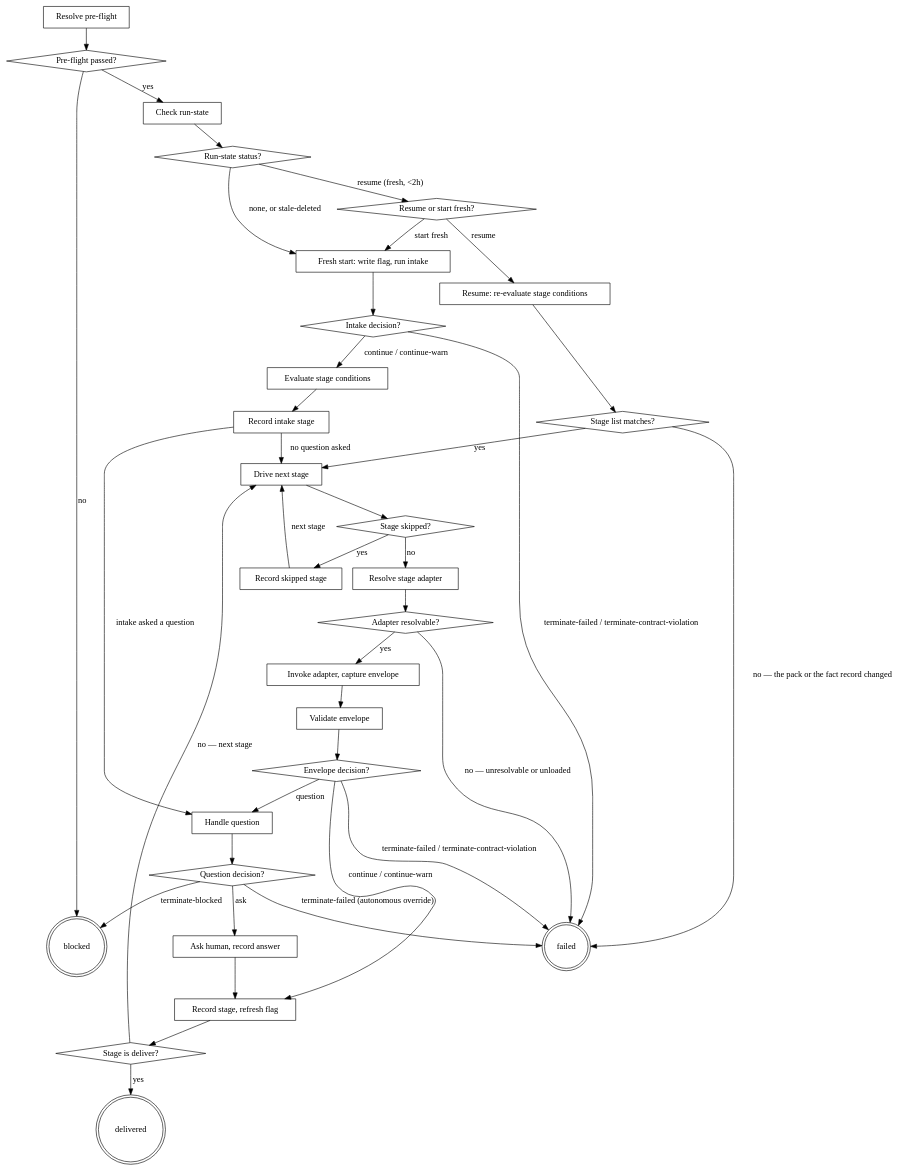
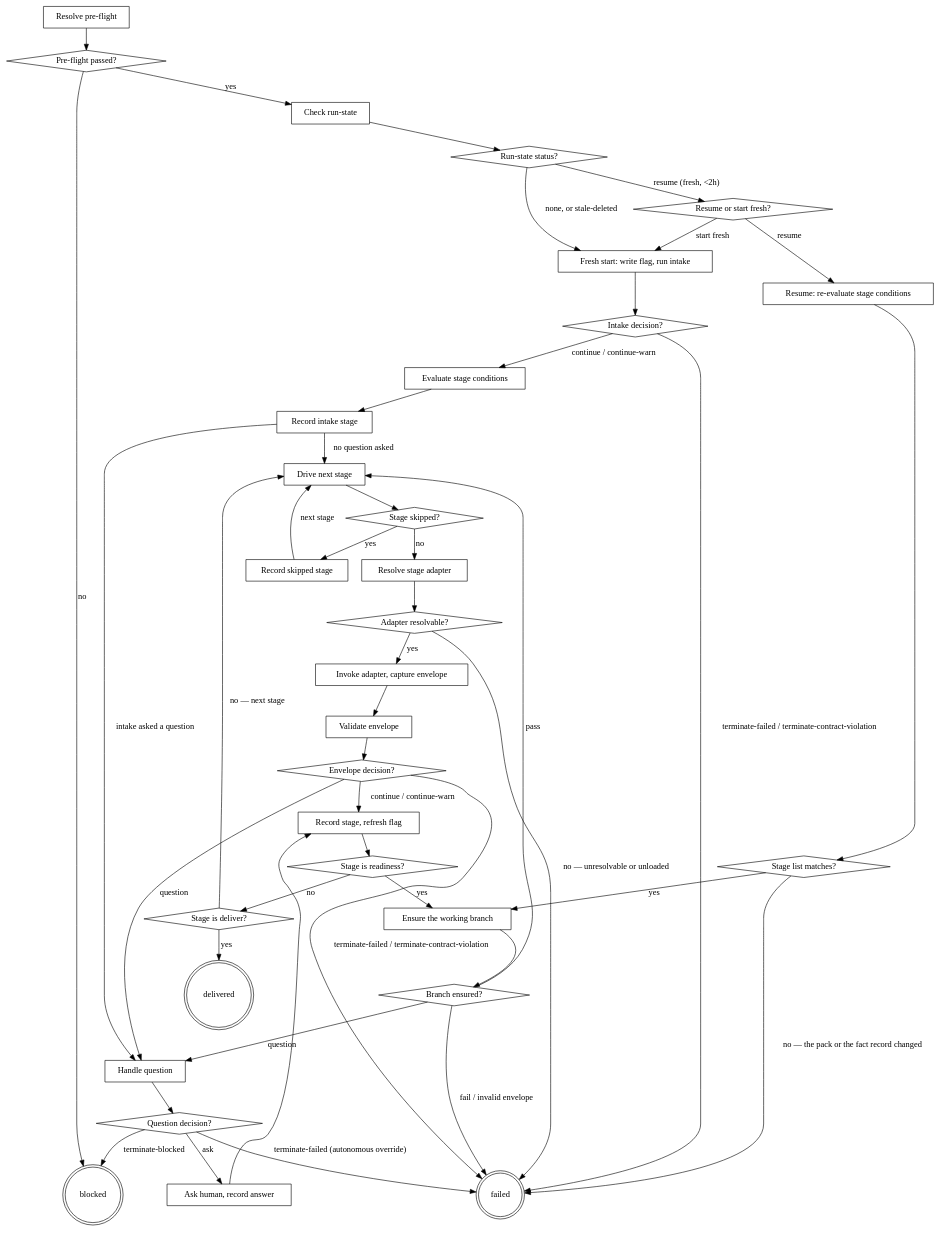
The diagram in plugins/agentic-core/skills/run-route/SKILL.md (agenticDraft/aem-eds-ai-workflow-demo), drawn with Graphviz before and after one commit. The commit also changed other lines of this file and 3 other files, not shown here.

````diff
--- a/plugins/agentic-core/skills/run-route/SKILL.md
+++ b/plugins/agentic-core/skills/run-route/SKILL.md
@@ -208,69 +208,78 @@
 ```dot
 digraph run_route {
     "Resolve pre-flight" [shape=box];
     "Pre-flight passed?" [shape=diamond];
     "Check run-state" [shape=box];
     "Run-state status?" [shape=diamond];
     "Resume or start fresh?" [shape=diamond];
     "Fresh start: write flag, run intake" [shape=box];
     "Intake decision?" [shape=diamond];
     "Evaluate stage conditions" [shape=box];
     "Record intake stage" [shape=box];
     "Resume: re-evaluate stage conditions" [shape=box];
     "Stage list matches?" [shape=diamond];
     "Drive next stage" [shape=box];
     "Stage skipped?" [shape=diamond];
     "Record skipped stage" [shape=box];
     "Resolve stage adapter" [shape=box];
     "Adapter resolvable?" [shape=diamond];
     "Invoke adapter, capture envelope" [shape=box];
     "Validate envelope" [shape=box];
     "Envelope decision?" [shape=diamond];
     "Record stage, refresh flag" [shape=box];
+    "Stage is readiness?" [shape=diamond];
+    "Ensure the working branch" [shape=box];
+    "Branch ensured?" [shape=diamond];
     "Stage is deliver?" [shape=diamond];
     "Handle question" [shape=box];
     "Question decision?" [shape=diamond];
     "Ask human, record answer" [shape=box];
     "blocked" [shape=doublecircle];
     "failed" [shape=doublecircle];
     "delivered" [shape=doublecircle];
 
     "Resolve pre-flight" -> "Pre-flight passed?";
     "Pre-flight passed?" -> "blocked" [label="no"];
     "Pre-flight passed?" -> "Check run-state" [label="yes"];
     "Check run-state" -> "Run-state status?";
     "Run-state status?" -> "Resume or start fresh?" [label="resume (fresh, <2h)"];
     "Run-state status?" -> "Fresh start: write flag, run intake" [label="none, or stale-deleted"];
     "Resume or start fresh?" -> "Resume: re-evaluate stage conditions" [label="resume"];
     "Resume or start fresh?" -> "Fresh start: write flag, run intake" [label="start fresh"];
     "Fresh start: write flag, run intake" -> "Intake decision?";
     "Intake decision?" -> "failed" [label="terminate-failed / terminate-contract-violation"];
     "Intake decision?" -> "Evaluate stage conditions" [label="continue / continue-warn"];
     "Evaluate stage conditions" -> "Record intake stage";
     "Record intake stage" -> "Handle question" [label="intake asked a question"];
     "Record intake stage" -> "Drive next stage" [label="no question asked"];
     "Resume: re-evaluate stage conditions" -> "Stage list matches?";
     "Stage list matches?" -> "failed" [label="no — the pack or the fact record changed"];
-    "Stage list matches?" -> "Drive next stage" [label="yes"];
+    "Stage list matches?" -> "Ensure the working branch" [label="yes"];
     "Drive next stage" -> "Stage skipped?";
     "Stage skipped?" -> "Record skipped stage" [label="yes"];
     "Stage skipped?" -> "Resolve stage adapter" [label="no"];
     "Record skipped stage" -> "Drive next stage" [label="next stage"];
     "Resolve stage adapter" -> "Adapter resolvable?";
     "Adapter resolvable?" -> "failed" [label="no — unresolvable or unloaded"];
     "Adapter resolvable?" -> "Invoke adapter, capture envelope" [label="yes"];
     "Invoke adapter, capture envelope" -> "Validate envelope";
     "Validate envelope" -> "Envelope decision?";
     "Envelope decision?" -> "Record stage, refresh flag" [label="continue / continue-warn"];
     "Envelope decision?" -> "Handle question" [label="question"];
     "Envelope decision?" -> "failed" [label="terminate-failed / terminate-contract-violation"];
-    "Record stage, refresh flag" -> "Stage is deliver?";
+    "Record stage, refresh flag" -> "Stage is readiness?";
+    "Stage is readiness?" -> "Ensure the working branch" [label="yes"];
+    "Stage is readiness?" -> "Stage is deliver?" [label="no"];
+    "Ensure the working branch" -> "Branch ensured?";
+    "Branch ensured?" -> "Drive next stage" [label="pass"];
+    "Branch ensured?" -> "Handle question" [label="question"];
+    "Branch ensured?" -> "failed" [label="fail / invalid envelope"];
     "Stage is deliver?" -> "delivered" [label="yes"];
     "Stage is deliver?" -> "Drive next stage" [label="no — next stage"];
     "Handle question" -> "Question decision?";
     "Question decision?" -> "Ask human, record answer" [label="ask"];
     "Question decision?" -> "blocked" [label="terminate-blocked"];
     "Question decision?" -> "failed" [label="terminate-failed (autonomous override)"];
     "Ask human, record answer" -> "Record stage, refresh flag";
 }
 ```
````
